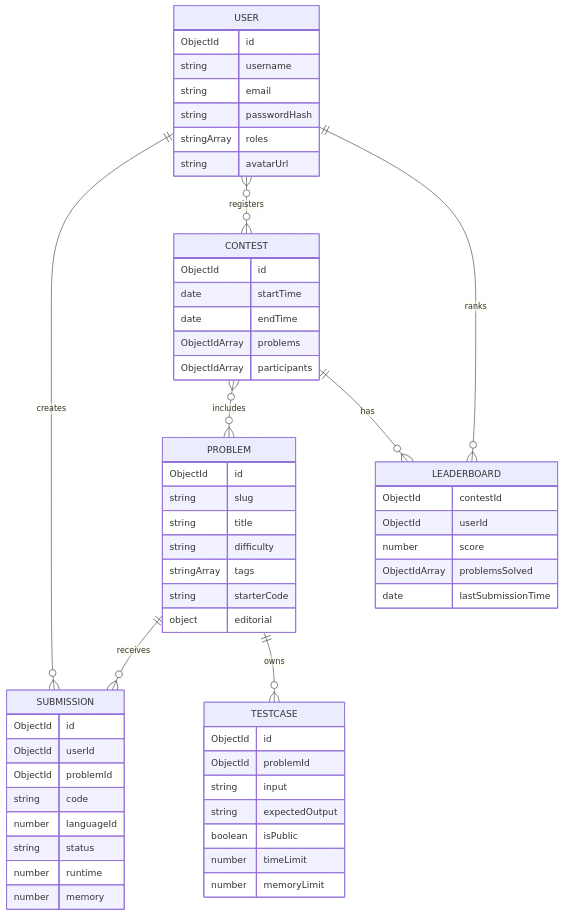
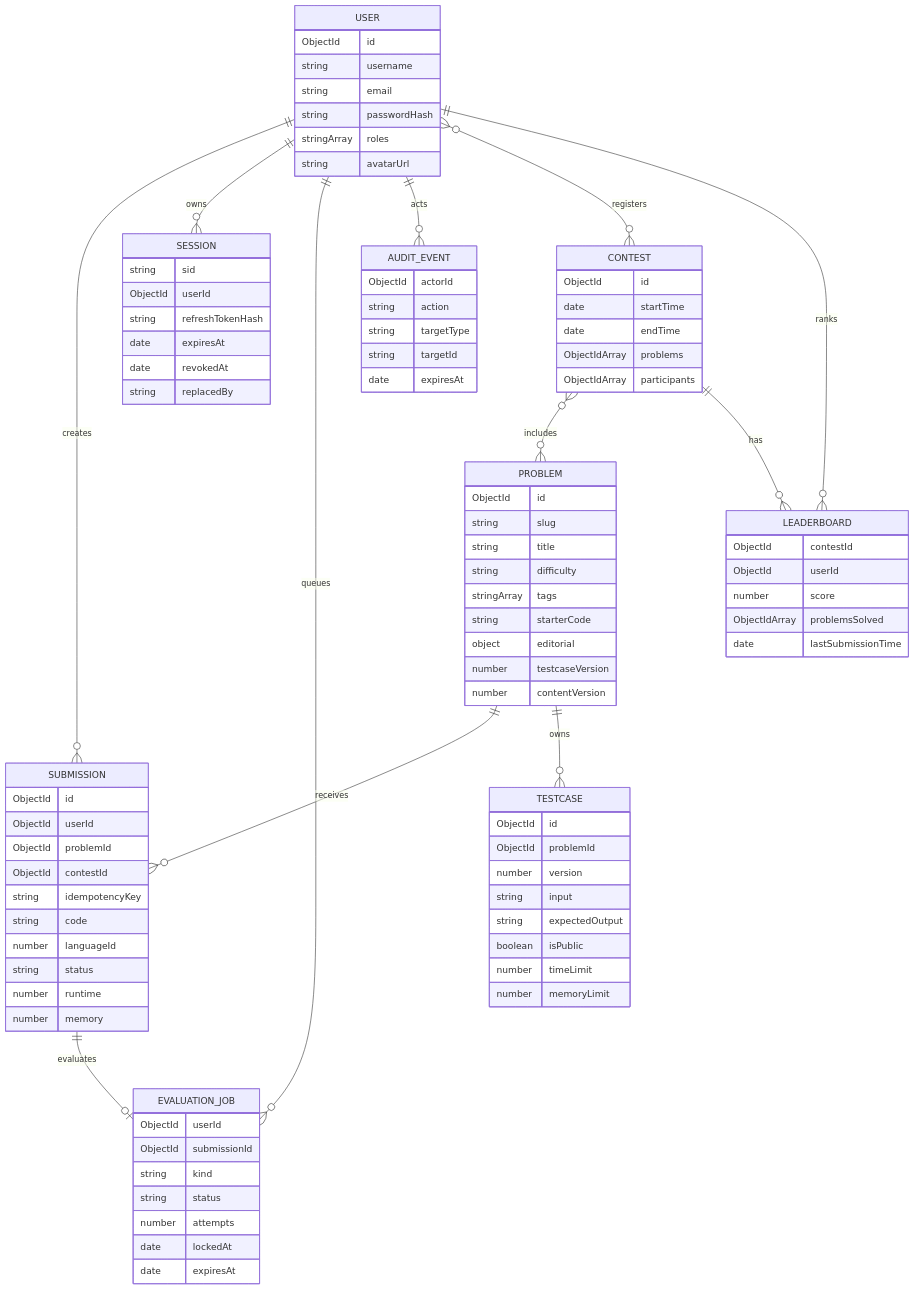
The diagram in docs/architecture/data-model.md (Katalume/documentation), drawn with Mermaid before and after one commit. The commit also changed other lines of this file and 22 other files, not shown here.

````diff
--- a/docs/architecture/data-model.md
+++ b/docs/architecture/data-model.md
@@ -3,12 +3,16 @@
 ```mermaid
 erDiagram
     USER ||--o{ SUBMISSION : creates
+    USER ||--o{ SESSION : owns
+    USER ||--o{ EVALUATION_JOB : queues
+    USER ||--o{ AUDIT_EVENT : acts
     USER }o--o{ CONTEST : registers
     USER ||--o{ LEADERBOARD : ranks
     PROBLEM ||--o{ SUBMISSION : receives
     PROBLEM ||--o{ TESTCASE : owns
     CONTEST }o--o{ PROBLEM : includes
     CONTEST ||--o{ LEADERBOARD : has
+    SUBMISSION ||--o| EVALUATION_JOB : evaluates
 
     USER {
       ObjectId id
@@ -26,10 +30,13 @@
       stringArray tags
       string starterCode
       object editorial
+      number testcaseVersion
+      number contentVersion
     }
     TESTCASE {
       ObjectId id
       ObjectId problemId
+      number version
       string input
       string expectedOutput
       boolean isPublic
@@ -40,11 +47,37 @@
       ObjectId id
       ObjectId userId
       ObjectId problemId
+      ObjectId contestId
+      string idempotencyKey
       string code
       number languageId
       string status
       number runtime
       number memory
+    }
+    SESSION {
+      string sid
+      ObjectId userId
+      string refreshTokenHash
+      date expiresAt
+      date revokedAt
+      string replacedBy
+    }
+    EVALUATION_JOB {
+      ObjectId userId
+      ObjectId submissionId
+      string kind
+      string status
+      number attempts
+      date lockedAt
+      date expiresAt
+    }
+    AUDIT_EVENT {
+      ObjectId actorId
+      string action
+      string targetType
+      string targetId
+      date expiresAt
     }
     CONTEST {
       ObjectId id
````
